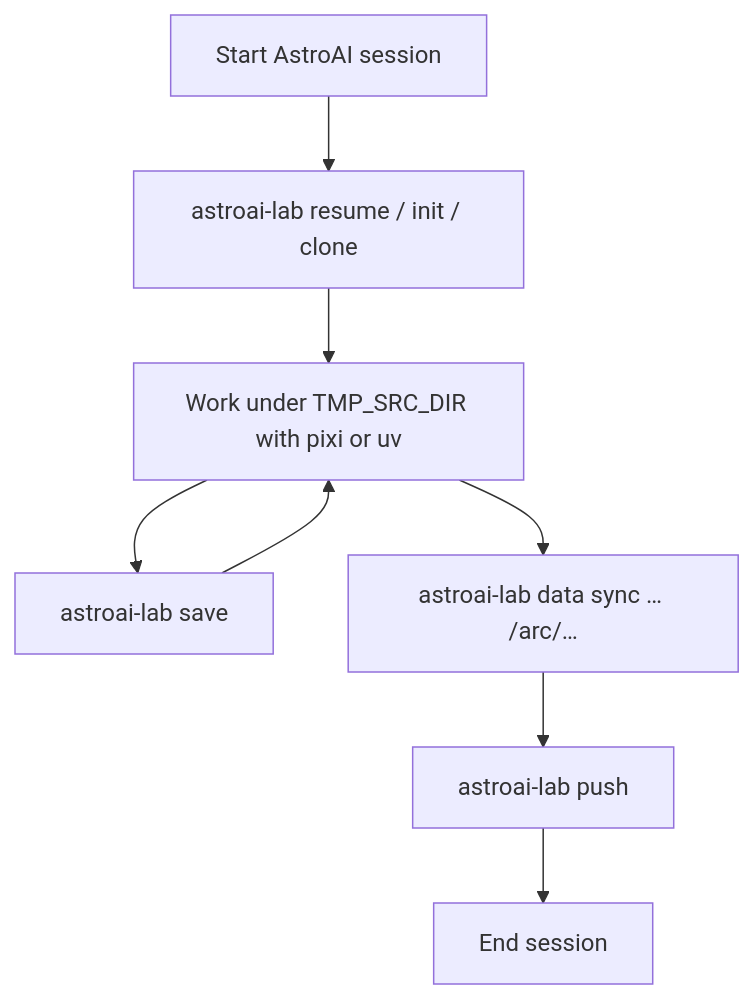
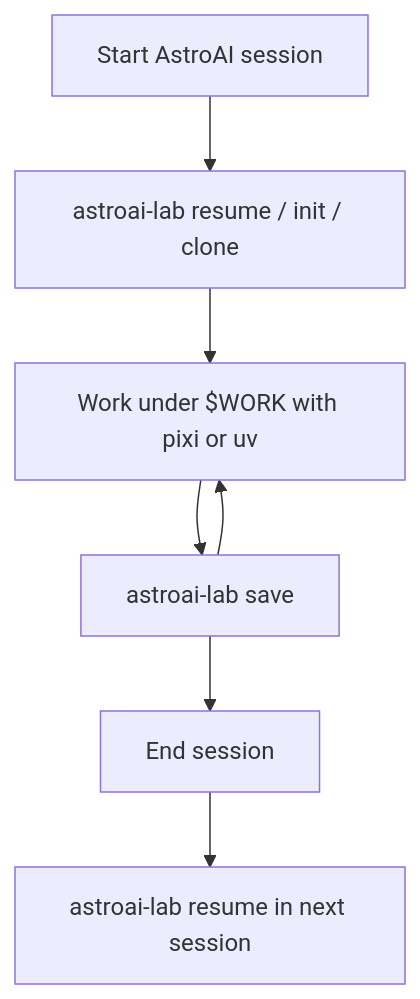
One commit to astroai/astroai-lab changed the second of 2 diagrams in README.md. Above: the diagram before and after it, drawn with Mermaid. The commit also changed other lines of this file and 92 other files, not shown here.

````diff
--- a/README.md
+++ b/README.md
@@ -49,10 +48,9 @@
 ```mermaid
 flowchart TD
   A[Start AstroAI session] --> B["astroai-lab resume / init / clone"]
-  B --> C[Work under TMP_SRC_DIR with pixi or uv]
+  B --> C[Work under $WORK with pixi or uv]
   C --> D["astroai-lab save"]
   D --> C
-  C --> E["astroai-lab data sync … /arc/…"]
-  E --> F["astroai-lab push"]
-  F --> G[End session]
+  D --> E[End session]
+  E --> F["astroai-lab resume in next session"]
 ```
````
